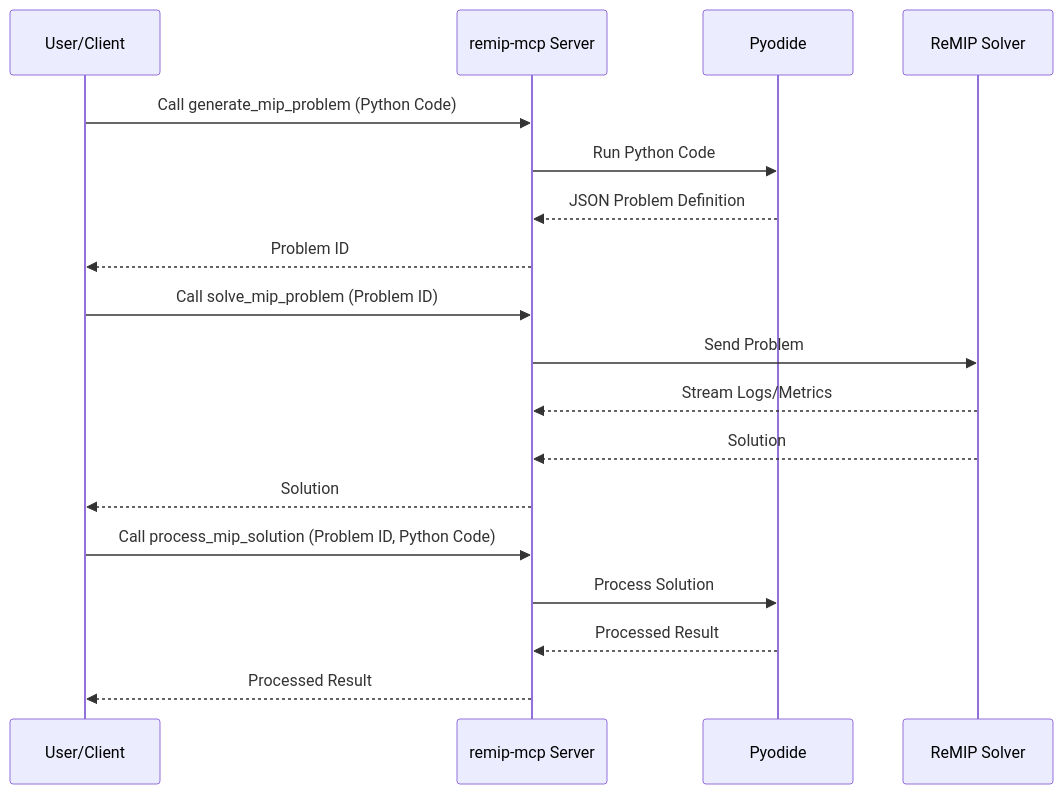
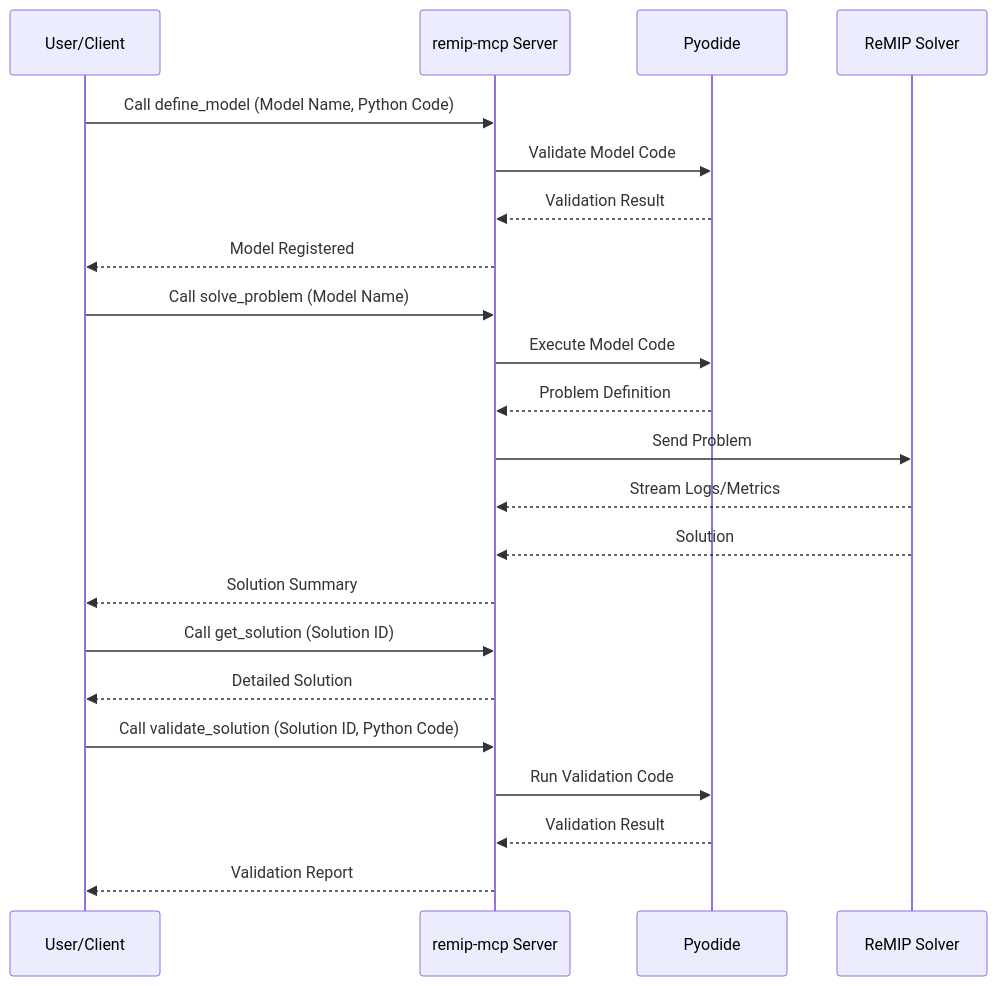
One commit to ohtaman/remip-mcp changed the diagram in README.md. Above: the diagram before and after it, drawn with Mermaid. The commit also changed other lines of this file, not shown here.

````diff
--- a/README.md
+++ b/README.md
@@ -57,23 +61,28 @@
 ```mermaid
 sequenceDiagram
     participant User as User/Client
     participant Server as remip-mcp Server
     participant Pyodide as Pyodide
     participant ReMIP as ReMIP Solver
 
-    User->>Server: Call generate_mip_problem (Python Code)
-    Server->>Pyodide: Run Python Code
-    Pyodide-->>Server: JSON Problem Definition
-    Server-->>User: Problem ID
+    User->>Server: Call define_model (Model Name, Python Code)
+    Server->>Pyodide: Validate Model Code
+    Pyodide-->>Server: Validation Result
+    Server-->>User: Model Registered
 
-    User->>Server: Call solve_mip_problem (Problem ID)
+    User->>Server: Call solve_problem (Model Name)
+    Server->>Pyodide: Execute Model Code
+    Pyodide-->>Server: Problem Definition
     Server->>ReMIP: Send Problem
     ReMIP-->>Server: Stream Logs/Metrics
     ReMIP-->>Server: Solution
-    Server-->>User: Solution
+    Server-->>User: Solution Summary
 
-    User->>Server: Call process_mip_solution (Problem ID, Python Code)
-    Server->>Pyodide: Process Solution
-    Pyodide-->>Server: Processed Result
-    Server-->>User: Processed Result
+    User->>Server: Call get_solution (Solution ID)
+    Server-->>User: Detailed Solution
+
+    User->>Server: Call validate_solution (Solution ID, Python Code)
+    Server->>Pyodide: Run Validation Code
+    Pyodide-->>Server: Validation Result
+    Server-->>User: Validation Report
 ```
````
